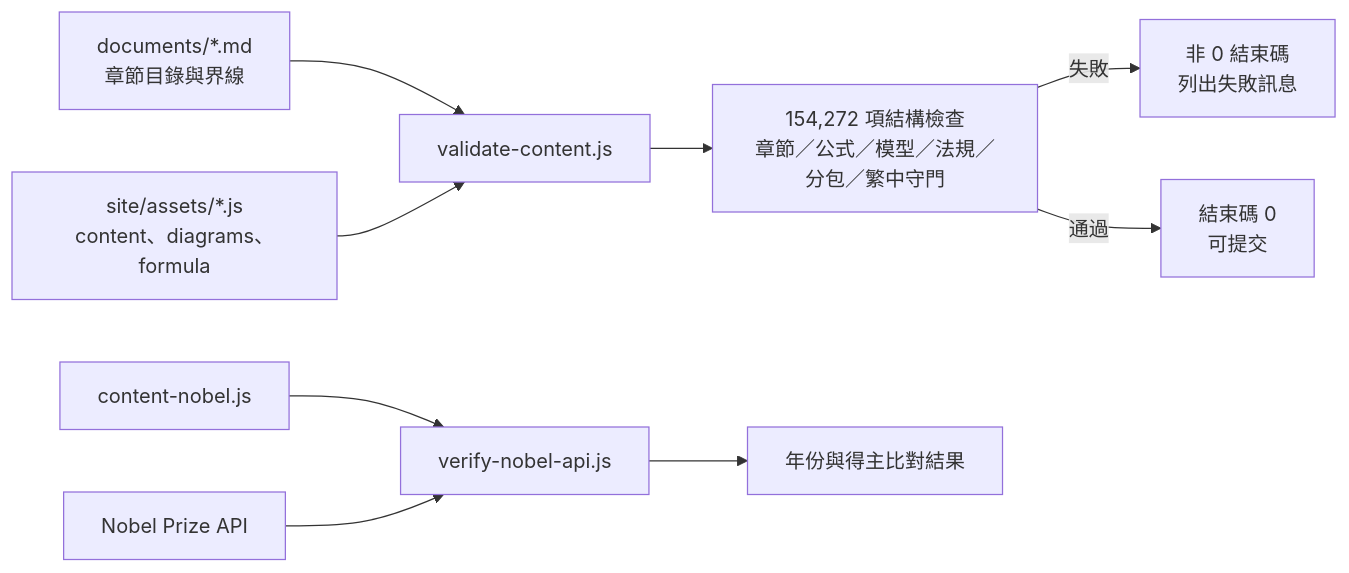
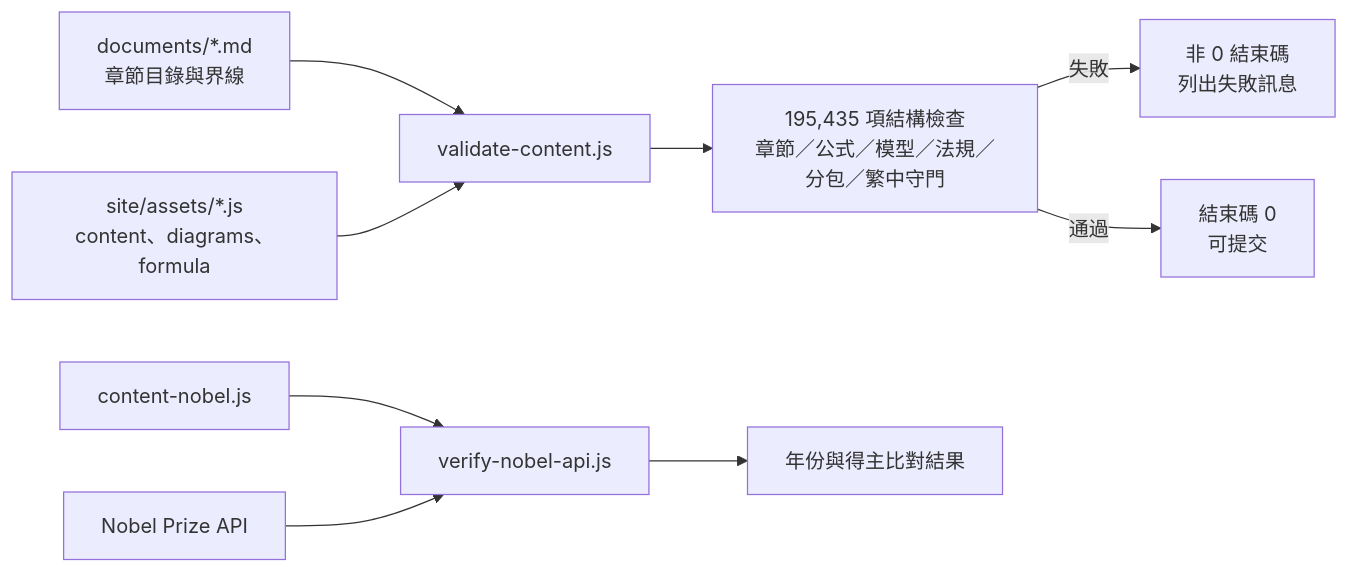
The fourth of 5 diagrams in documents/architecture.md (solo0920/analysis), drawn with Mermaid before and after one commit. The commit also changed other lines of this file and 10 other files, not shown here.

````diff
--- a/documents/architecture.md
+++ b/documents/architecture.md
@@ -225,11 +225,11 @@
 ```mermaid
 flowchart LR
   Sources["documents/*.md<br/>章節目錄與界線"] --> Validate["validate-content.js"]
   Assets["site/assets/*.js<br/>content、diagrams、formula"] --> Validate
-  Validate --> Checks["154,272 項結構檢查<br/>章節／公式／模型／法規／分包／繁中守門"]
+  Validate --> Checks["195,435 項結構檢查<br/>章節／公式／模型／法規／分包／繁中守門"]
   Checks -->|失敗| Fail["非 0 結束碼<br/>列出失敗訊息"]
   Checks -->|通過| Pass["結束碼 0<br/>可提交"]
   Nobel["content-nobel.js"] --> Verify["verify-nobel-api.js"]
   API["Nobel Prize API"] --> Verify
   Verify --> Result["年份與得主比對結果"]
 ```
````
